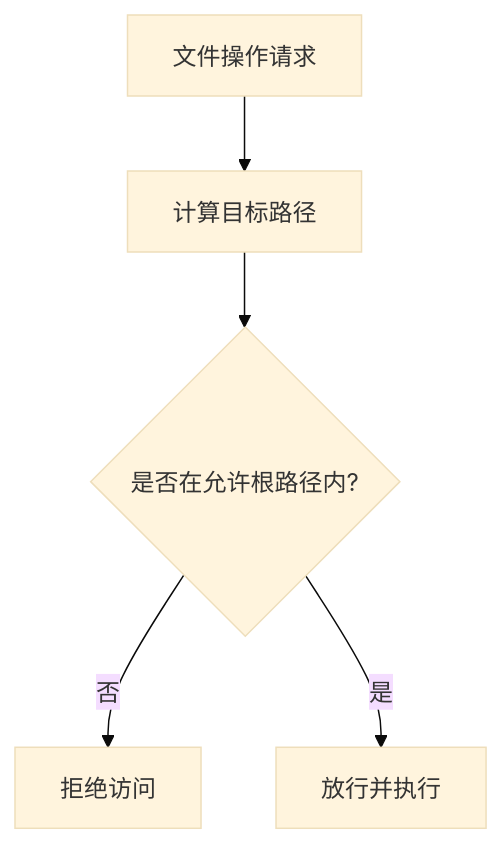
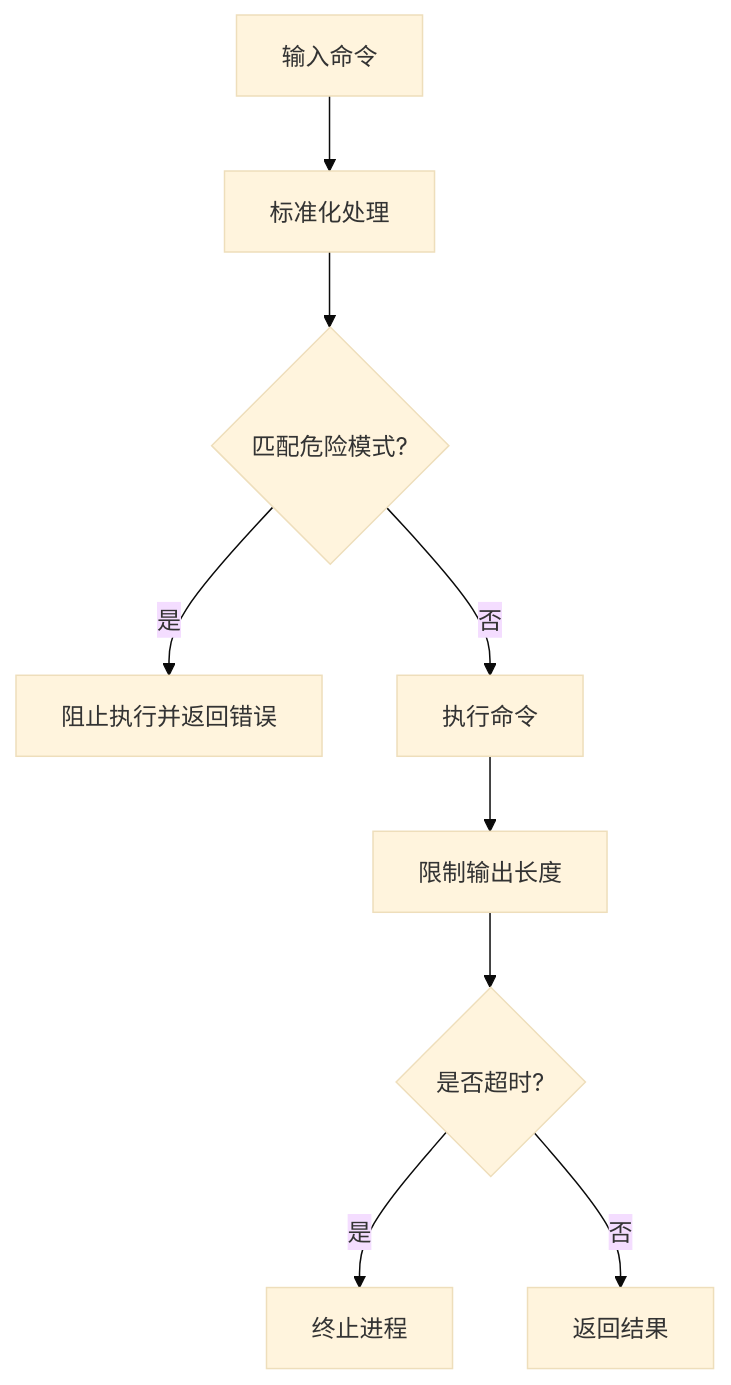
One commit to 20012002er/Vibe-Trading changed the fourth of 5 diagrams in .qoder/repowiki/zh/content/AI代理系统/工具系统/工具安全控制.md. Above: the diagram before and after it, drawn with Mermaid (base theme). The commit also changed other lines of this file and 7 other files, not shown here.

````diff
--- a/.qoder/repowiki/zh/content/AI代理系统/工具系统/工具安全控制.md
+++ b/.qoder/repowiki/zh/content/AI代理系统/工具系统/工具安全控制.md
@@ -156,7 +179,11 @@
 ```mermaid
 flowchart TD
-A["文件操作请求"] --> B["计算目标路径"]
-B --> C{"是否在允许根路径内?"}
-C -- 否 --> D["拒绝访问"]
-C -- 是 --> E["放行并执行"]
+Command["输入命令"] --> Normalize["标准化处理"]
+Normalize --> PatternMatch{"匹配危险模式?"}
+PatternMatch -- 是 --> Block["阻止执行并返回错误"]
+PatternMatch -- 否 --> Execute["执行命令"]
+Execute --> LimitOutput["限制输出长度"]
+LimitOutput --> TimeoutCheck{"是否超时?"}
+TimeoutCheck -- 是 --> KillProcess["终止进程"]
+TimeoutCheck -- 否 --> ReturnResult["返回结果"]
 ```
````
